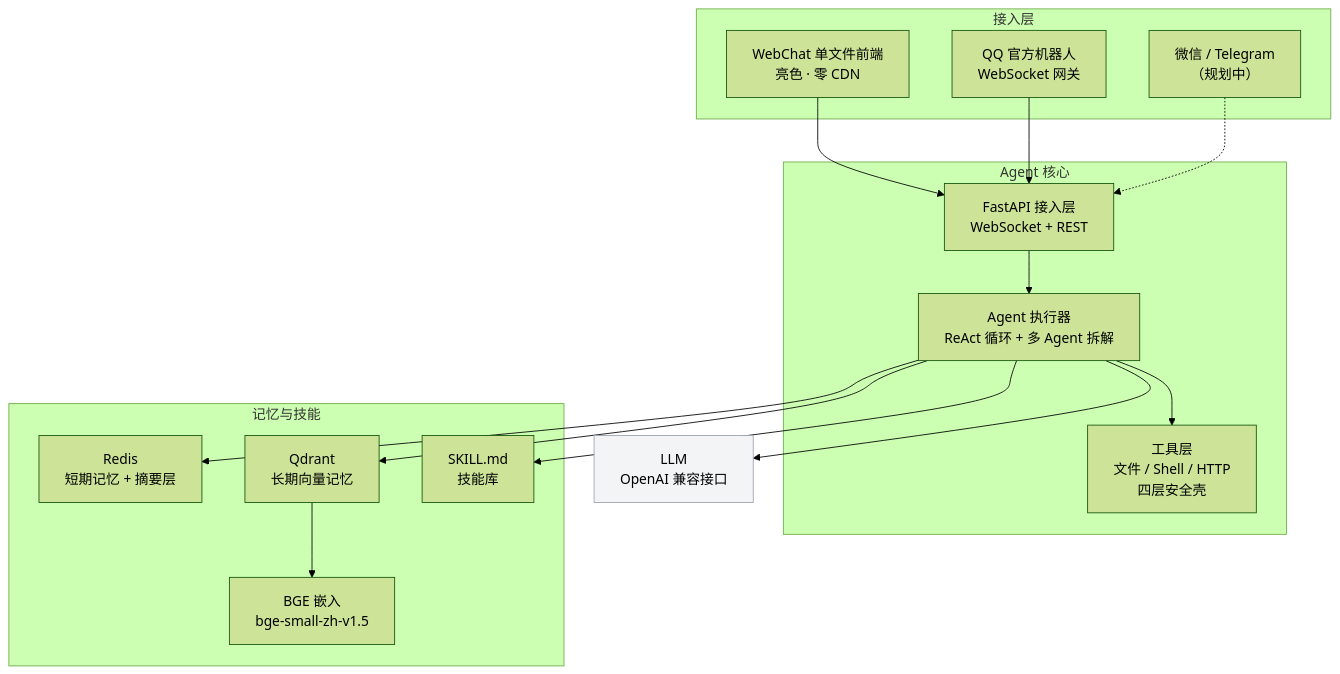
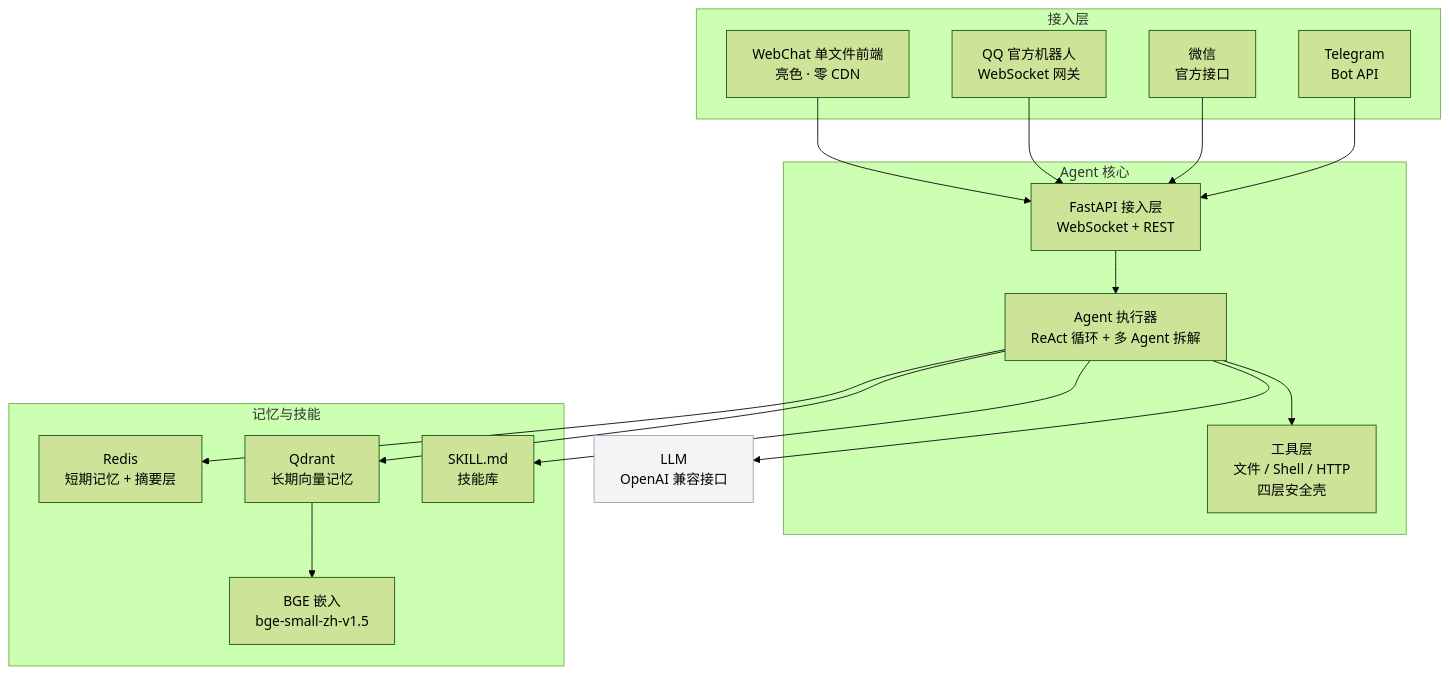
Before and after one commit to Hh-all/Hhclaw: the diagram in README.md, drawn with Mermaid (forest theme). The commit also changed other lines of this file and 3 other files, not shown here.

Commit message:
docs: README多平台接入(QQ/微信/Telegram三端官方接口) + QQ端实测截图3张

````diff
--- a/README.md
+++ b/README.md
@@ -48,36 +63,38 @@
 ```mermaid
 flowchart TB
     subgraph Access["接入层"]
         Web["WebChat 单文件前端<br/>亮色 · 零 CDN"]
         QQ["QQ 官方机器人<br/>WebSocket 网关"]
-        WX["微信 / Telegram<br/>（规划中）"]
+        WX["微信<br/>官方接口"]
+        TG["Telegram<br/>Bot API"]
     end
 
     subgraph Core["Agent 核心"]
         GW["FastAPI 接入层<br/>WebSocket + REST"]
         Agent["Agent 执行器<br/>ReAct 循环 + 多 Agent 拆解"]
         Tools["工具层<br/>文件 / Shell / HTTP<br/>四层安全壳"]
     end
 
     subgraph MemSkill["记忆与技能"]
         Redis["Redis<br/>短期记忆 + 摘要层"]
         Qdrant["Qdrant<br/>长期向量记忆"]
         BGE["BGE 嵌入<br/>bge-small-zh-v1.5"]
         Skill["SKILL.md<br/>技能库"]
     end
 
     LLM["LLM<br/>OpenAI 兼容接口"]:::ext
 
     Web --> GW
     QQ --> GW
-    WX -.-> GW
+    WX --> GW
+    TG --> GW
     GW --> Agent
     Agent --> Tools
     Agent --> LLM
     Agent --> Redis
     Agent --> Qdrant
     Agent --> Skill
     Qdrant --> BGE
 
     classDef ext fill:#f3f4f6,stroke:#9ca3af
 ```
````
